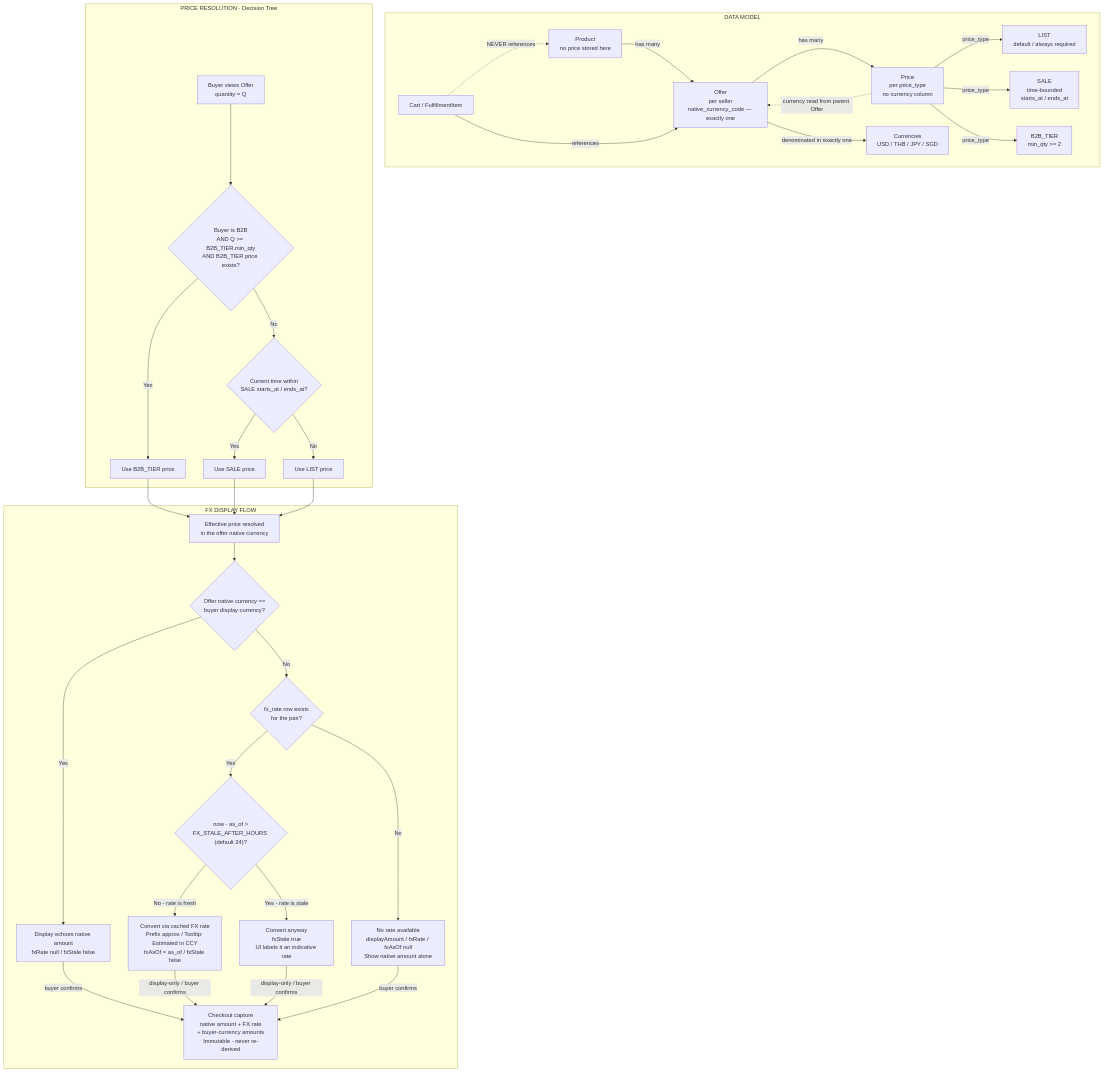
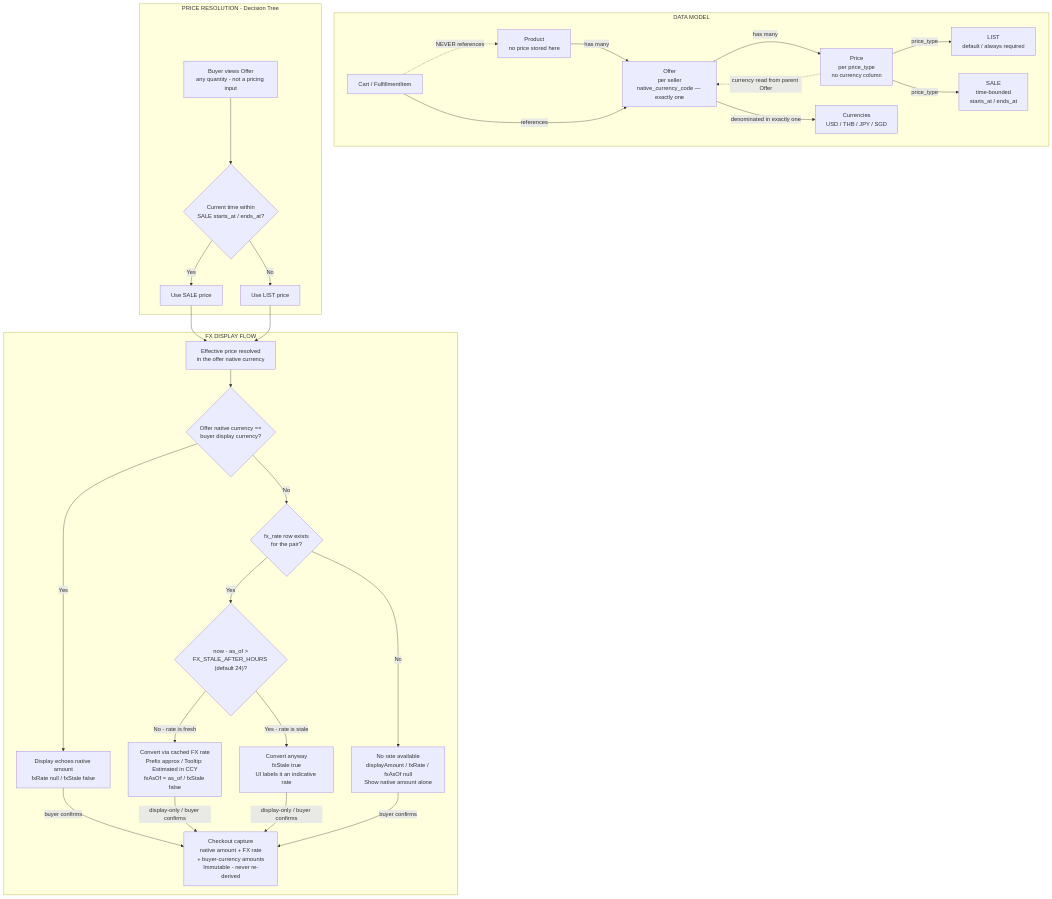
Before and after one commit to alisa-uthi/aliceut-ecom-document: the diagram in phase-1/diagrams/05-pricing-model.md, drawn with Mermaid. The commit also changed other lines of this file and 52 other files, not shown here.

````diff
--- a/phase-1/diagrams/05-pricing-model.md
+++ b/phase-1/diagrams/05-pricing-model.md
@@ -18,63 +18,56 @@
 ```mermaid
 graph TD
     subgraph DM["DATA MODEL"]
         PRODUCT["Product\nno price stored here"]
         OFFER["Offer\nper seller\nnative_currency_code — exactly one"]
         PRICE["Price\nper price_type\nno currency column"]
         PT_LIST["LIST\ndefault / always required"]
         PT_SALE["SALE\ntime-bounded\nstarts_at / ends_at"]
-        PT_B2B["B2B_TIER\nmin_qty >= 2"]
         CCY["Currencies\nUSD / THB / JPY / SGD"]
         CART["Cart / FulfillmentItem"]
         PRODUCT -->|"has many"| OFFER
         OFFER -->|"has many"| PRICE
         OFFER -->|"denominated in exactly one"| CCY
         PRICE -->|"price_type"| PT_LIST
         PRICE -->|"price_type"| PT_SALE
-        PRICE -->|"price_type"| PT_B2B
         PRICE -. "currency read from parent Offer" .-> OFFER
         CART -->|"references"| OFFER
         CART -. "NEVER references" .-> PRODUCT
     end
 
     subgraph PR["PRICE RESOLUTION - Decision Tree"]
-        BV["Buyer views Offer\nquantity = Q"]
-        B2B_Q{"Buyer is B2B\nAND Q >= B2B_TIER.min_qty\nAND B2B_TIER price exists?"}
+        BV["Buyer views Offer\nany quantity - not a pricing input"]
         SALE_T{"Current time within\nSALE starts_at / ends_at?"}
-        EP_B2B["Use B2B_TIER price"]
         EP_SALE["Use SALE price"]
         EP_LIST["Use LIST price"]
-        BV --> B2B_Q
-        B2B_Q -->|"Yes"| EP_B2B
-        B2B_Q -->|"No"| SALE_T
+        BV --> SALE_T
         SALE_T -->|"Yes"| EP_SALE
         SALE_T -->|"No"| EP_LIST
     end
 
     subgraph FX["FX DISPLAY FLOW"]
         EFF["Effective price resolved\nin the offer native currency"]
         CCY_Q{"Offer native currency ==\nbuyer display currency?"}
         ROW_Q{"fx_rate row exists\nfor the pair?"}
         STALE_Q{"now - as_of >\nFX_STALE_AFTER_HOURS (default 24)?"}
         EXACT["Display echoes native amount\nfxRate null / fxStale false"]
         APPROX["Convert via cached FX rate\nPrefix approx / Tooltip: Estimated in CCY\nfxAsOf = as_of / fxStale false"]
         INDICATIVE["Convert anyway\nfxStale true\nUI labels it an indicative rate"]
         OFFER_ONLY["No rate available\ndisplayAmount / fxRate / fxAsOf null\nShow native amount alone"]
         CHECKOUT["Checkout capture\nnative amount + FX rate\n+ buyer-currency amounts\nImmutable - never re-derived"]
         EFF --> CCY_Q
         CCY_Q -->|"Yes"| EXACT
         CCY_Q -->|"No"| ROW_Q
         ROW_Q -->|"No"| OFFER_ONLY
         ROW_Q -->|"Yes"| STALE_Q
         STALE_Q -->|"No - rate is fresh"| APPROX
         STALE_Q -->|"Yes - rate is stale"| INDICATIVE
         EXACT -->|"buyer confirms"| CHECKOUT
         APPROX -->|"display-only / buyer confirms"| CHECKOUT
         INDICATIVE -->|"display-only / buyer confirms"| CHECKOUT
         OFFER_ONLY -->|"buyer confirms"| CHECKOUT
     end
 
-    EP_B2B --> EFF
     EP_SALE --> EFF
     EP_LIST --> EFF
 ```
````
